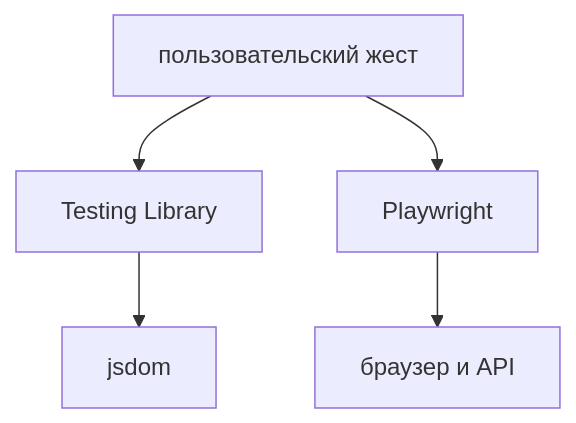
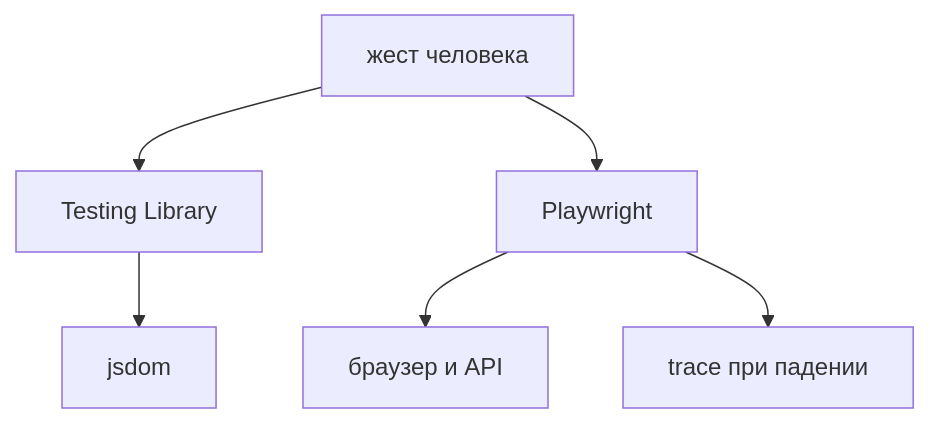
Before and after one commit to AlexanderNY/cursor_test: the diagram in nine-to-eighteen/ui/src/data/learn/frontend/fe07-ui-testing.md, drawn with Mermaid. The commit also changed other lines of this file and 40 other files, not shown here.

````diff
--- a/nine-to-eighteen/ui/src/data/learn/frontend/fe07-ui-testing.md
+++ b/nine-to-eighteen/ui/src/data/learn/frontend/fe07-ui-testing.md
@@ -52,7 +103,8 @@
 ```mermaid
 flowchart TD
-  U[пользовательский жест] --> C[Testing Library]
+  U[жест человека] --> C[Testing Library]
   U --> E[Playwright]
   C --> DOM[jsdom]
   E --> BR[браузер и API]
+  E --> T[trace при падении]
 ```
````
